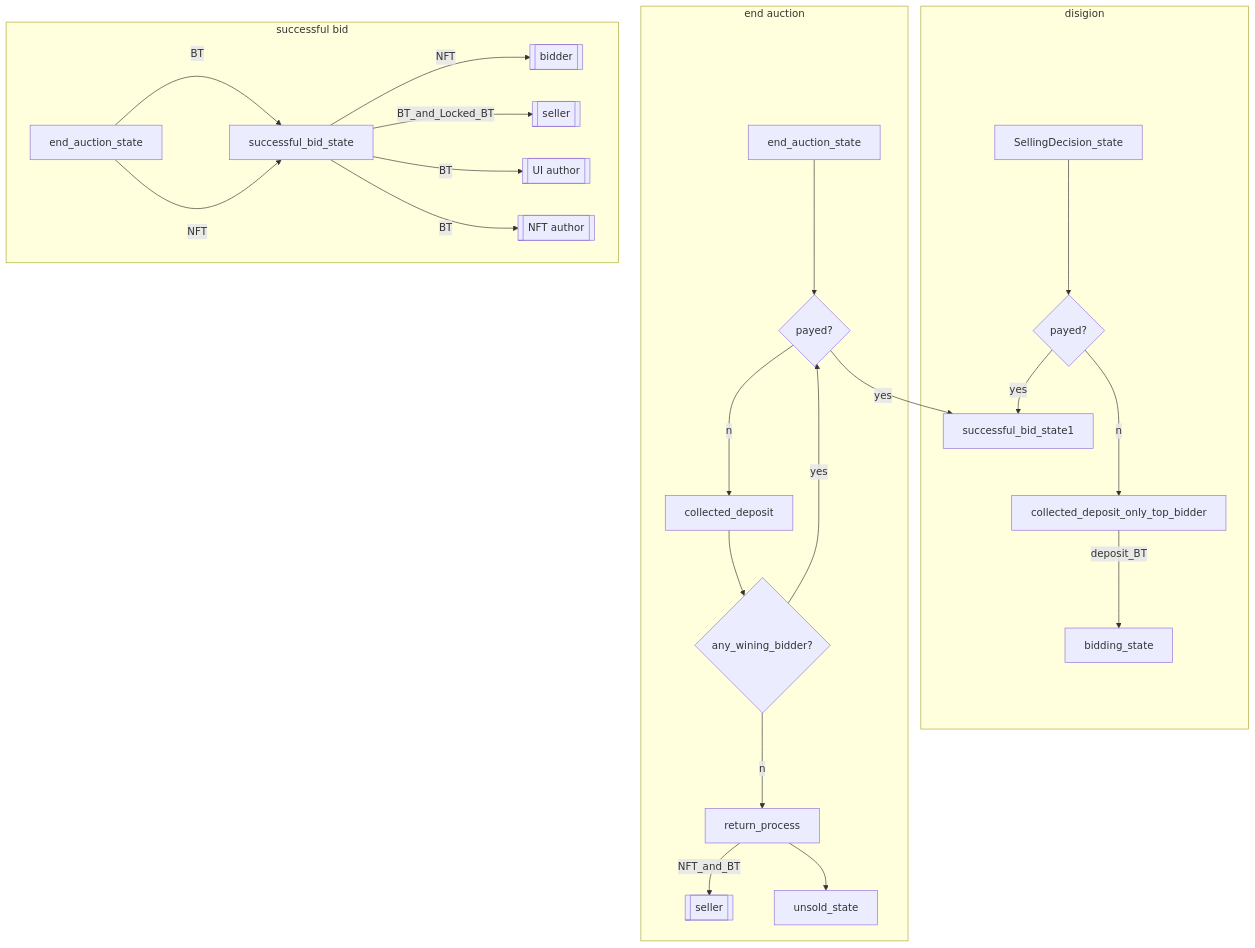
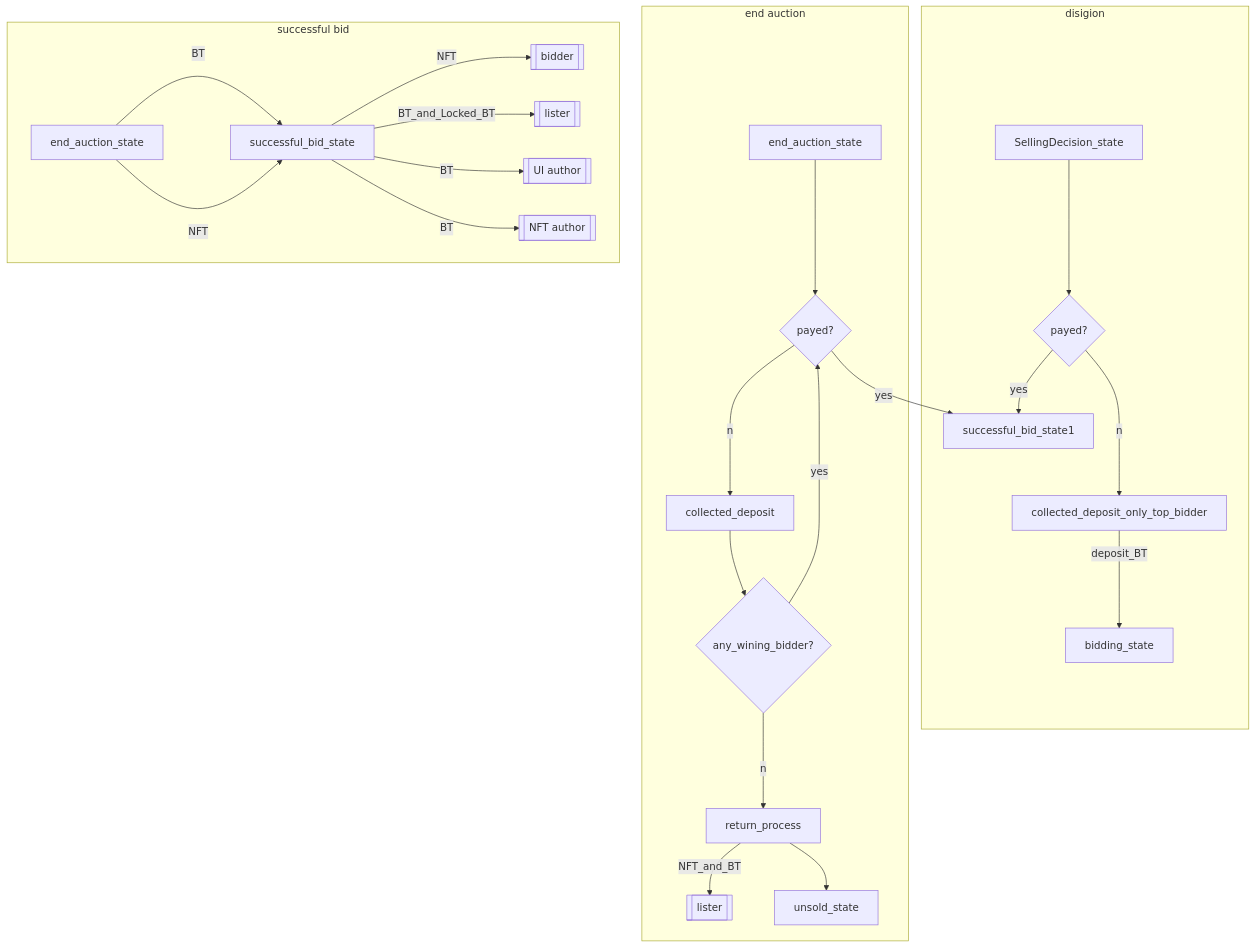
Before and after one commit to UnUniFi/chain: the seventh of 7 diagrams in x/nftmarket/spec/03_auction_state.md, drawn with Mermaid. The commit also changed other lines of this file and 7 other files, not shown here.

````diff
--- a/x/nftmarket/spec/03_auction_state.md
+++ b/x/nftmarket/spec/03_auction_state.md
@@ -174,37 +174,37 @@
 ```mermaid
 flowchart TD
 
 subgraph disigion
 	SellingDecision_state --> check_pay_only_top_bidder{payed?}
 	check_pay_only_top_bidder  --yes--> successful_bid_state1
 	check_pay_only_top_bidder  --no--> collected_deposit_only_top_bidder
 	collected_deposit_only_top_bidder --deposit_BT--> bidding_state
 end
 
 subgraph end auction
-	seller2[[seller]]
+	lister2[[lister]]
 	successful_bid_state1[successful_bid_state1]
 	end_auction_state  --> check_pay{payed?}
 	check_pay  --yes--> successful_bid_state1
 	check_pay  --no--> collected_deposit
 	collected_deposit --> check_wining_bidder{any_wining_bidder?}
 	check_wining_bidder --yes--> check_pay
 	check_wining_bidder --no--> return_process
-	return_process --NFT_and_BT--> seller2
+	return_process --NFT_and_BT--> lister2
 	return_process --> unsold_state
 end
 
 subgraph successful bid
 	bidder3[[bidder]]
-	seller3[[seller]]
+	lister3[[lister]]
 	NFT_author[[NFT author]]
 	UI_author[[UI author]]
 	end_auction_state3[end_auction_state]
 	end_auction_state3  --BT--> successful_bid_state
 	end_auction_state3  --NFT--> successful_bid_state
-	successful_bid_state  --BT_and_Locked_BT--> seller3
+	successful_bid_state  --BT_and_Locked_BT--> lister3
   successful_bid_state  --BT--> UI_author
 	successful_bid_state  --BT--> NFT_author
 	successful_bid_state  --NFT--> bidder3
 end
 ```
````
